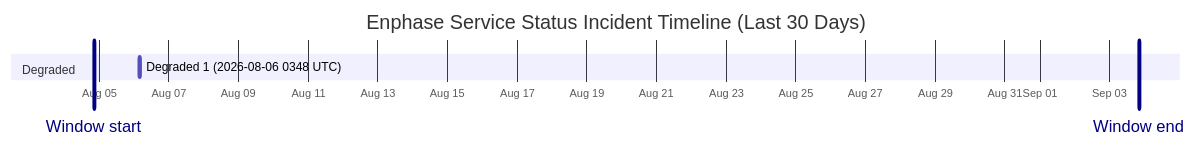
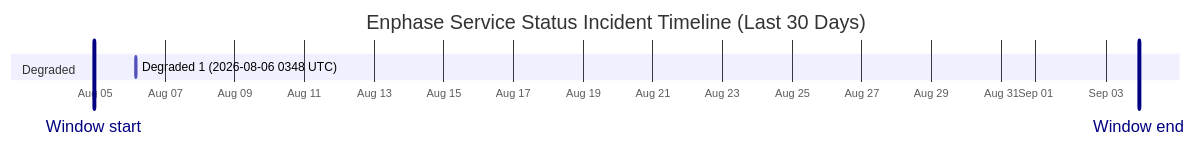
The diagram in wiki/Service-Status-History.md (barneyonline/ha-enphase-energy), drawn with Mermaid before and after one commit. The commit also changed other lines of this file and 3 other files, not shown here.

````diff
--- a/wiki/Service-Status-History.md
+++ b/wiki/Service-Status-History.md
@@ -14,10 +14,10 @@
 ```mermaid
 gantt
     title Enphase Service Status Incident Timeline (Last 30 Days)
     dateFormat  YYYY-MM-DDTHH:mm:ss
     axisFormat  %b %d
-    Window start :vert, window-start, 2026-08-04T20:31:18, 0ms
-    Window end :vert, window-end, 2026-09-03T20:31:18, 0ms
+    Window start :vert, window-start, 2026-08-04T22:58:33, 0ms
+    Window end :vert, window-end, 2026-09-03T22:58:33, 0ms
     section Degraded
     Degraded 1 (2026-08-06 0348 UTC) :active, degraded-1, 2026-08-06T03:48:14, 60m
 ```
````
